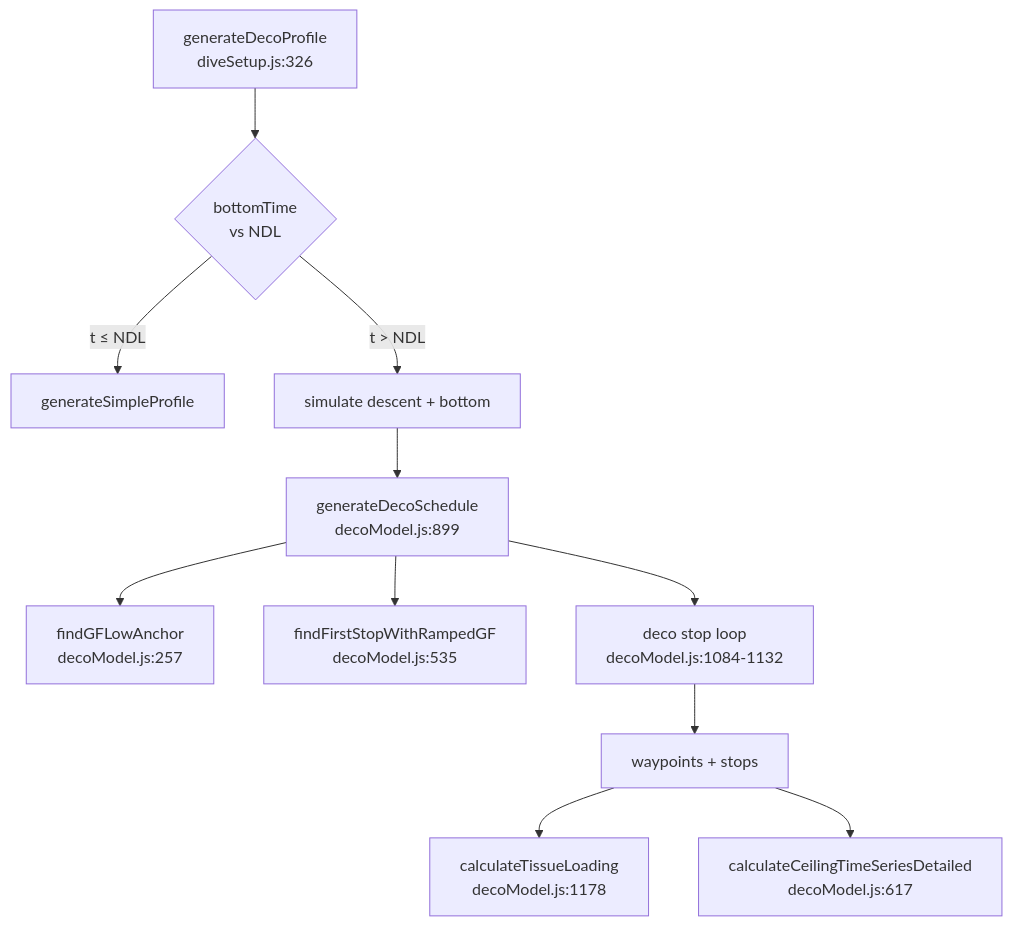
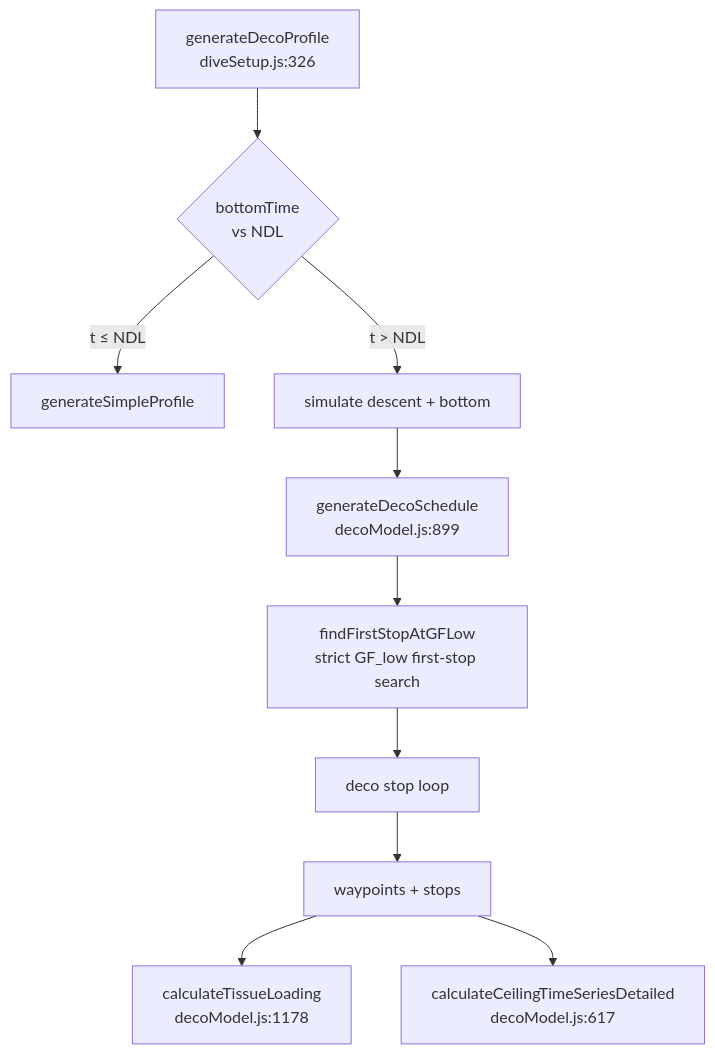
One commit to matej-hron/decojs changed the diagram in wiki/Algorithms.md. Above: the diagram before and after it, drawn with Mermaid. The commit also changed other lines of this file and 11 other files, not shown here.

First line of the commit message:
Remove orphan anchor functions findGFLowAnchor and findFirstStopWithRampedGF

````diff
--- a/wiki/Algorithms.md
+++ b/wiki/Algorithms.md
@@ -13,13 +13,12 @@
 ```mermaid
 flowchart TD
   A[generateDecoProfile<br/>diveSetup.js:326] --> B{bottomTime<br/>vs NDL}
   B -- "t ≤ NDL" --> C[generateSimpleProfile]
   B -- "t > NDL" --> D[simulate descent + bottom]
   D --> E[generateDecoSchedule<br/>decoModel.js:899]
-  E --> F[findGFLowAnchor<br/>decoModel.js:257]
-  E --> G[findFirstStopWithRampedGF<br/>decoModel.js:535]
-  E --> H[deco stop loop<br/>decoModel.js:1084-1132]
+  E --> F[findFirstStopAtGFLow<br/>strict GF_low first-stop search]
+  F --> H[deco stop loop]
   H --> I[waypoints + stops]
   I --> J[calculateTissueLoading<br/>decoModel.js:1178]
   I --> K[calculateCeilingTimeSeriesDetailed<br/>decoModel.js:617]
 ```
````
